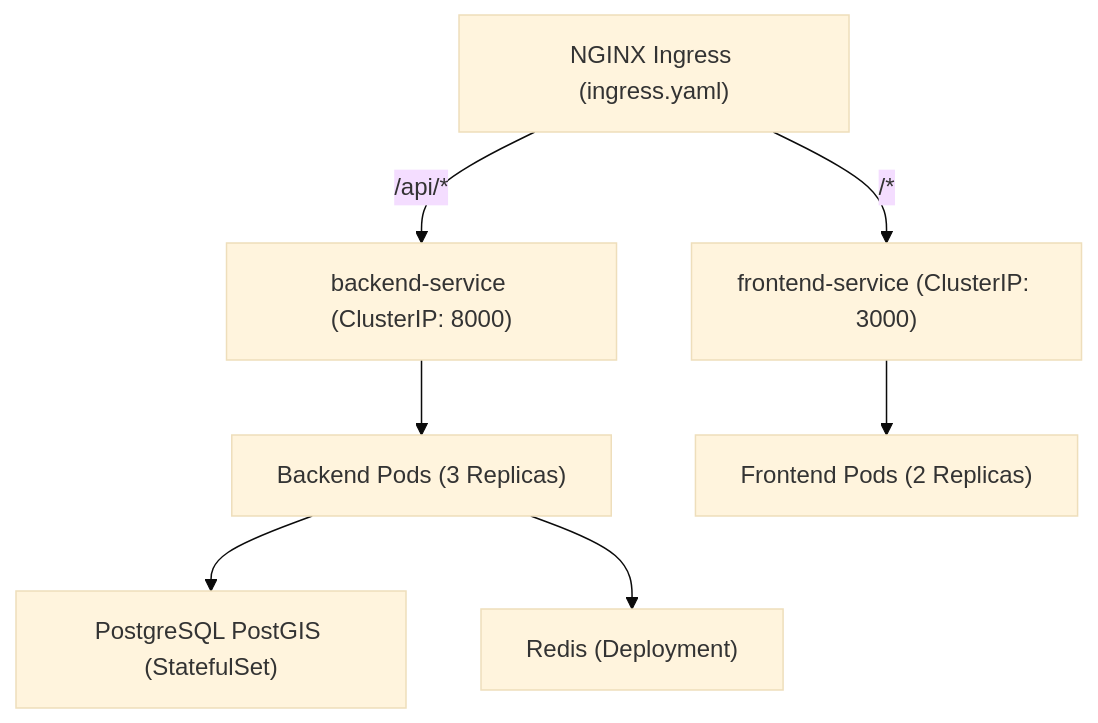
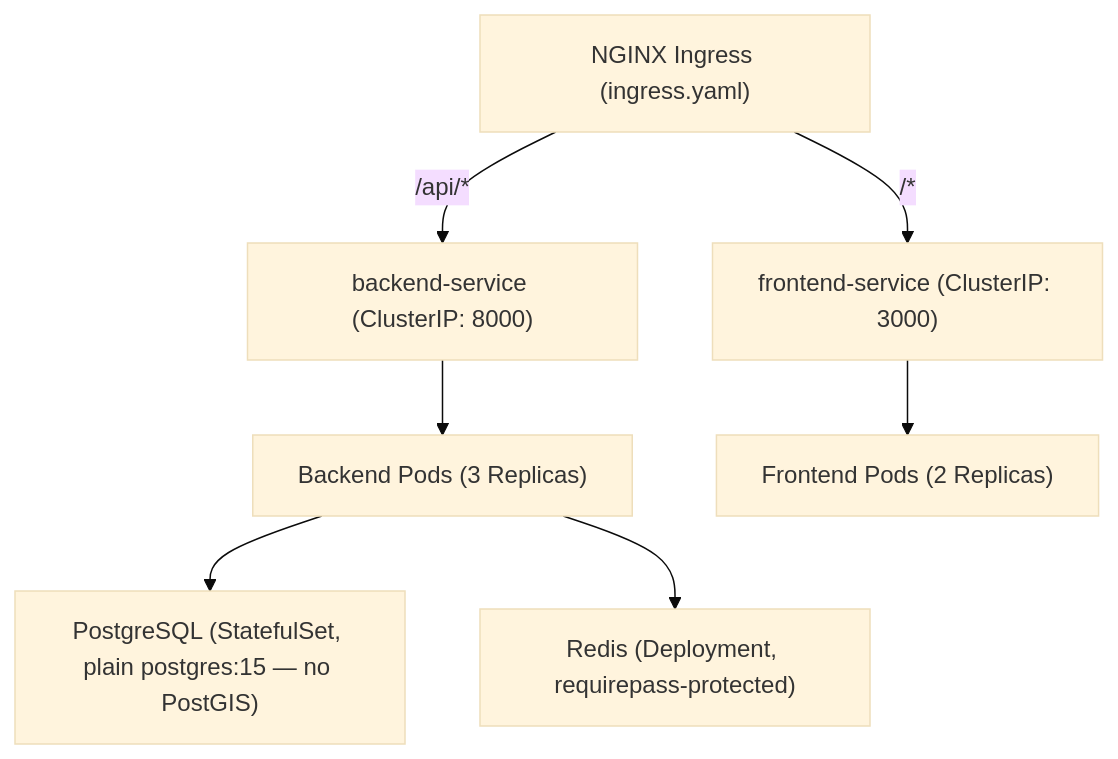
Before and after one commit to vinittttt13/CASHGUARD-AI: the diagram in docs/DEVOPS_DEPLOYMENT_GUIDE.md, drawn with Mermaid (base theme). The commit also changed other lines of this file and 73 other files, not shown here.

````diff
--- a/docs/DEVOPS_DEPLOYMENT_GUIDE.md
+++ b/docs/DEVOPS_DEPLOYMENT_GUIDE.md
@@ -98,12 +58,12 @@
 ```mermaid
 flowchart TD
     Ingress["NGINX Ingress (ingress.yaml)"]
     Ingress -->|/api/*| BackendSvc["backend-service (ClusterIP: 8000)"]
     Ingress -->|/*| FrontendSvc["frontend-service (ClusterIP: 3000)"]
 
     BackendSvc --> BackendPods["Backend Pods (3 Replicas)"]
     FrontendSvc --> FrontendPods["Frontend Pods (2 Replicas)"]
 
-    BackendPods --> PostgresStatefulSet["PostgreSQL PostGIS (StatefulSet)"]
-    BackendPods --> RedisDep["Redis (Deployment)"]
+    BackendPods --> PostgresStatefulSet["PostgreSQL (StatefulSet, plain postgres:15 — no PostGIS)"]
+    BackendPods --> RedisDep["Redis (Deployment, requirepass-protected)"]
 ```
````
